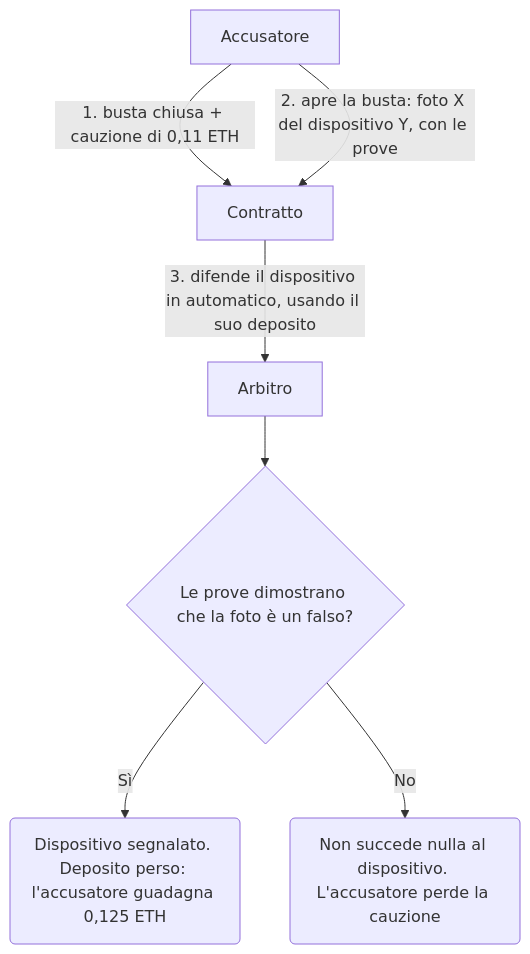
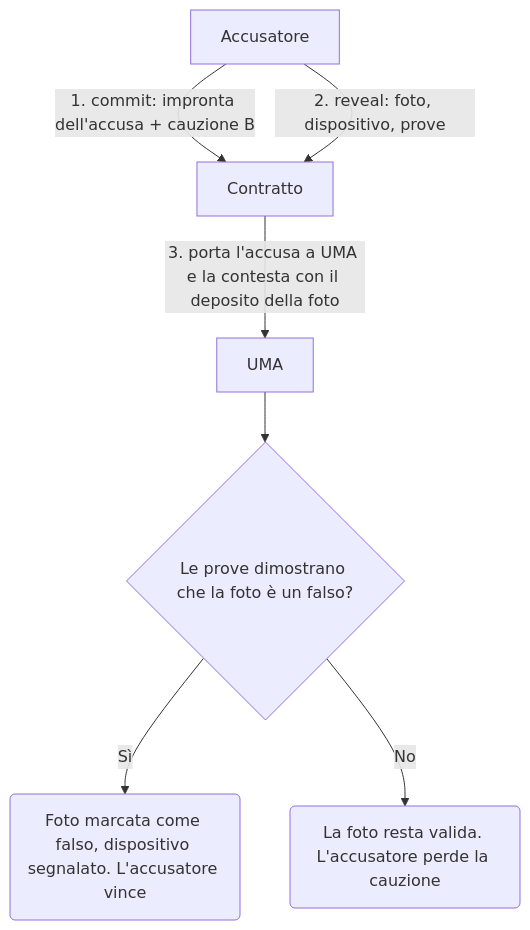
Before and after one commit to VincenzoImp/ixh26-paprika: the third of 3 diagrams in docs/1-come-funziona.md, drawn with Mermaid. The commit also changed other lines of this file and 16 other files, not shown here.

````diff
--- a/docs/1-come-funziona.md
+++ b/docs/1-come-funziona.md
@@ -108,9 +105,9 @@
 ```mermaid
 flowchart TD
-    Acc[Accusatore] -->|"1. busta chiusa + cauzione di 0,11 ETH"| Contract[Contratto]
-    Acc -->|"2. apre la busta: foto X del dispositivo Y, con le prove"| Contract
-    Contract -->|"3. difende il dispositivo in automatico, usando il suo deposito"| Arb[Arbitro]
-    Arb --> Choice{"Le prove dimostrano che la foto è un falso?"}
-    Choice -->|Sì| Ban("Dispositivo segnalato. Deposito perso: l'accusatore guadagna 0,125 ETH")
-    Choice -->|No| Nothing("Non succede nulla al dispositivo. L'accusatore perde la cauzione")
+    Acc[Accusatore] -->|"1. commit: impronta dell'accusa + cauzione B"| Contract[Contratto]
+    Acc -->|"2. reveal: foto, dispositivo, prove"| Contract
+    Contract -->|"3. porta l'accusa a UMA e la contesta con il deposito della foto"| UMA[UMA]
+    UMA --> Choice{"Le prove dimostrano che la foto è un falso?"}
+    Choice -->|Sì| Ban("Foto marcata come falso, dispositivo segnalato. L'accusatore vince")
+    Choice -->|No| Nothing("La foto resta valida. L'accusatore perde la cauzione")
 ```
````
